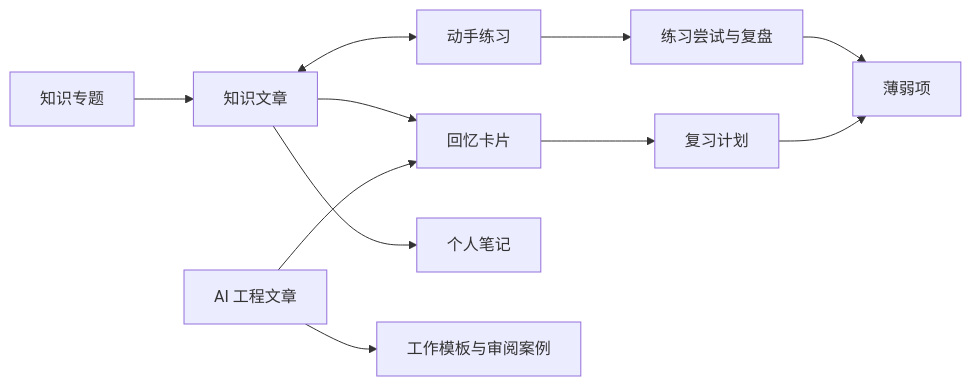
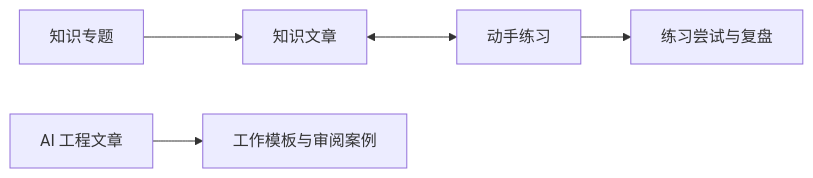
Before and after one commit to Komorebi94/basic_knowledge: the diagram in docs/design/02-information-architecture.md, drawn with Mermaid. The commit also changed other lines of this file and 37 other files, not shown here.

````diff
--- a/docs/design/02-information-architecture.md
+++ b/docs/design/02-information-architecture.md
@@ -32,13 +28,7 @@
 ```mermaid
 flowchart LR
   D[知识专题] --> K[知识文章]
-  K --> C[回忆卡片]
   K <--> E[动手练习]
-  K --> N[个人笔记]
-  A[AI 工程文章] --> C
-  A --> T[工作模板与审阅案例]
+  A[AI 工程文章] --> T[工作模板与审阅案例]
   E --> L[练习尝试与复盘]
-  C --> R[复习计划]
-  L --> W[薄弱项]
-  R --> W
 ```
````
